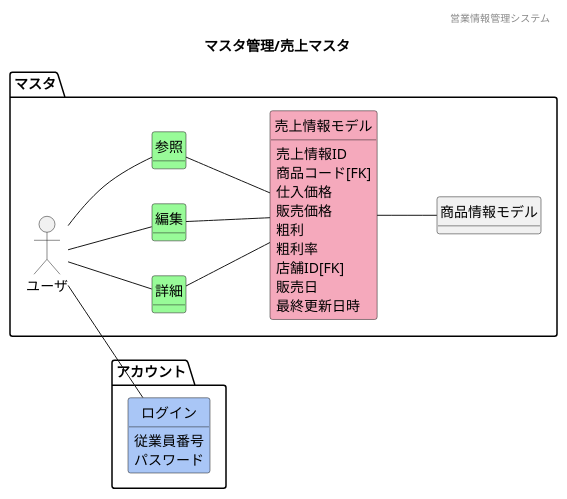
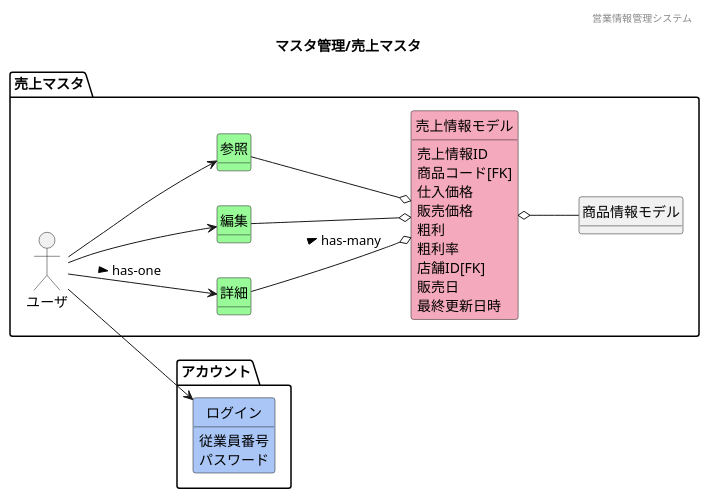
The diagram in 各種設計書/1ドメインモデル図/マスタ管理/F04売上マスタ.plantuml (HaruShim/Sotuken), drawn with PlantUML before and after one commit. The commit also changed 13 other files, not shown here.

```diff
--- a/各種設計書/1ドメインモデル図/マスタ管理/F04売上マスタ.plantuml
+++ b/各種設計書/1ドメインモデル図/マスタ管理/F04売上マスタ.plantuml
@@ -1,63 +1,63 @@
 @startuml images/マスタ管理/売上マスタ
 ' ヘッダー
 header 営業情報管理システム
 ' タイトル
 title マスタ管理/売上マスタ
 ' 
 hide circle
 ' 
 hide method
 left to right direction
 
 package "アカウント"{
     class "ログイン" #A9C6F6
 }
 
-package "マスタ" {
+package "売上マスタ" {
     'ユーザや外部システム
     mix_actor "ユーザ"
     class "詳細" #98fb98
     class "編集" #98fb98
     class "参照" #98fb98
     class "売上情報モデル" #F5A9BC 
     class "商品情報モデル"
     
     ' class "" #F5A9BC
     ' class "" #ffd700
 
     'モデル同士の関係
-    ユーザ -- 参照
-    ユーザ -- 編集
-    ユーザ -- 詳細
-    ユーザ -- ログイン
-    参照 -- 売上情報モデル
-    編集 -- 売上情報モデル
-    詳細 -- 売上情報モデル
-    売上情報モデル -- 商品情報モデル
+    ユーザ --> 参照
+    ユーザ --> 編集
+    ユーザ --> 詳細 : > has-one
+    ユーザ --> ログイン
+    参照 --o 売上情報モデル
+    編集 --o 売上情報モデル
+    詳細 --o 売上情報モデル : > has-many
+    売上情報モデル o-- 商品情報モデル
 
     'ドメインクラスの属性
     売上情報モデル : 売上情報ID
     売上情報モデル : 商品コード[FK]
     売上情報モデル : 仕入価格
     売上情報モデル : 販売価格
     売上情報モデル : 粗利
     売上情報モデル : 粗利率
     売上情報モデル : 店舗ID[FK]
     売上情報モデル : 販売日
     売上情報モデル : 最終更新日時
     ' 商品情報モデル : 型番
     ' 商品情報モデル : 商品コード
     ' 商品情報モデル : JANコード
     ' 商品情報モデル : 商品画像
     ' 商品情報モデル : 在庫場所
     ' 商品情報モデル : カテゴリモデル
     ' 商品情報モデル : 仕入価格
     ログイン : 従業員番号
     ログイン : パスワード
 }
 
 
 
 
 
 @enduml
```
